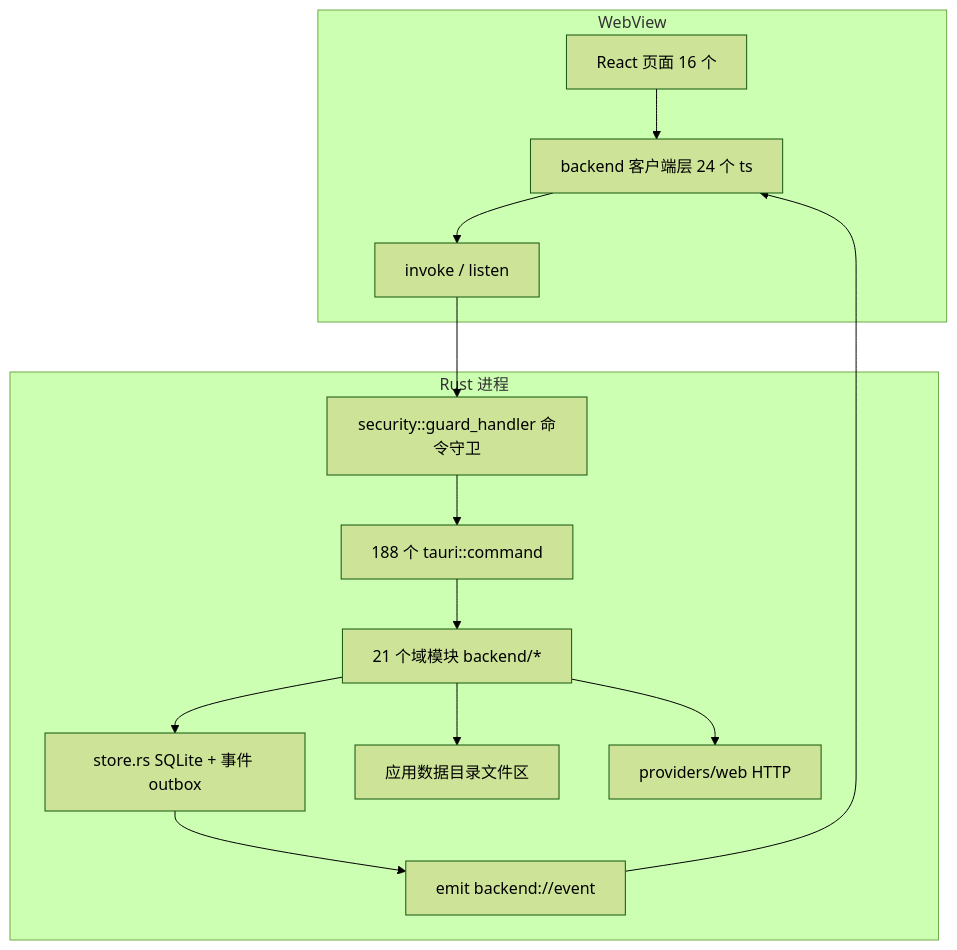
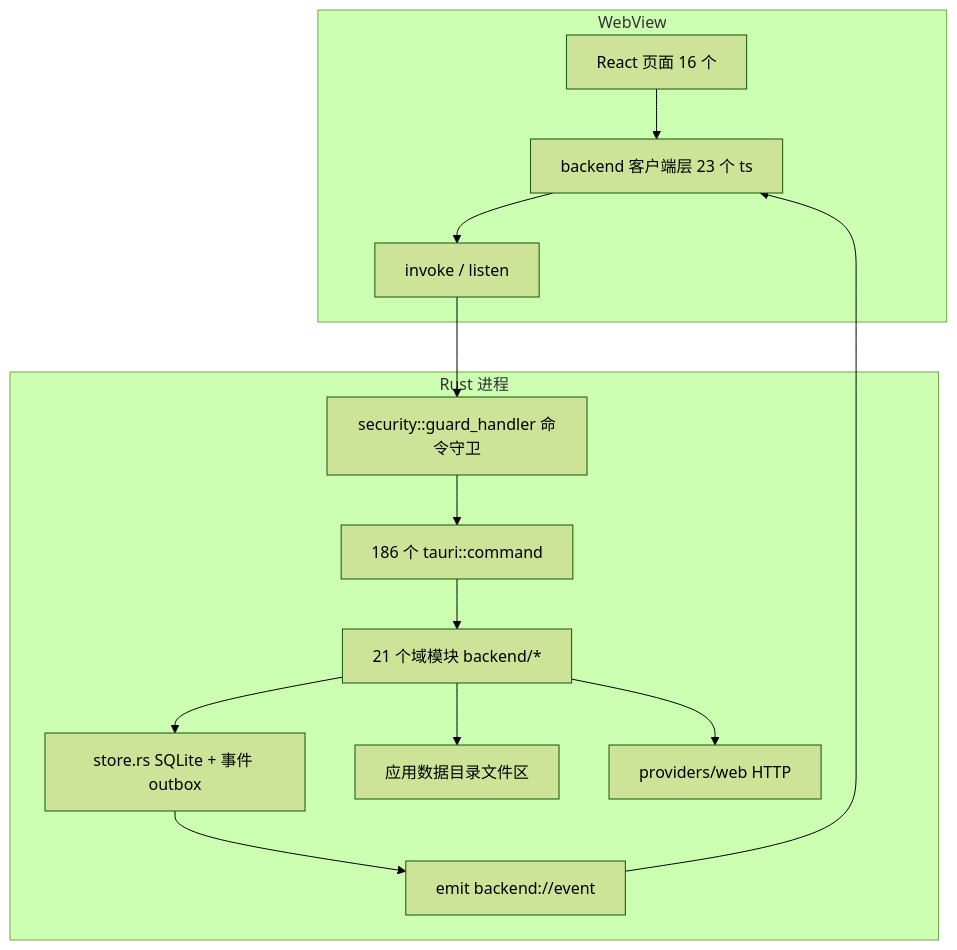
One commit to hershate/Deep-tutor changed the first of 5 diagrams in docs/architecture/01-architecture.md. Above: the diagram before and after it, drawn with Mermaid (forest theme). The commit also changed other lines of this file and 3 other files, not shown here.

````diff
--- a/docs/architecture/01-architecture.md
+++ b/docs/architecture/01-architecture.md
@@ -9,17 +9,17 @@
 ```mermaid
 graph TD
     subgraph WebView
-        P[React 页面 16 个] --> CL[backend 客户端层 24 个 ts]
+        P[React 页面 16 个] --> CL[backend 客户端层 23 个 ts]
         CL --> IP[invoke / listen]
     end
     subgraph Rust 进程
         IP --> GH[security::guard_handler 命令守卫]
-        GH --> CMD[188 个 tauri::command]
+        GH --> CMD[186 个 tauri::command]
         CMD --> DOM[21 个域模块 backend/*]
         DOM --> ST[store.rs SQLite + 事件 outbox]
         DOM --> FS[应用数据目录文件区]
         DOM --> NET[providers/web HTTP]
         ST --> EMIT[emit backend://event]
     end
     EMIT --> CL
 ```
````
